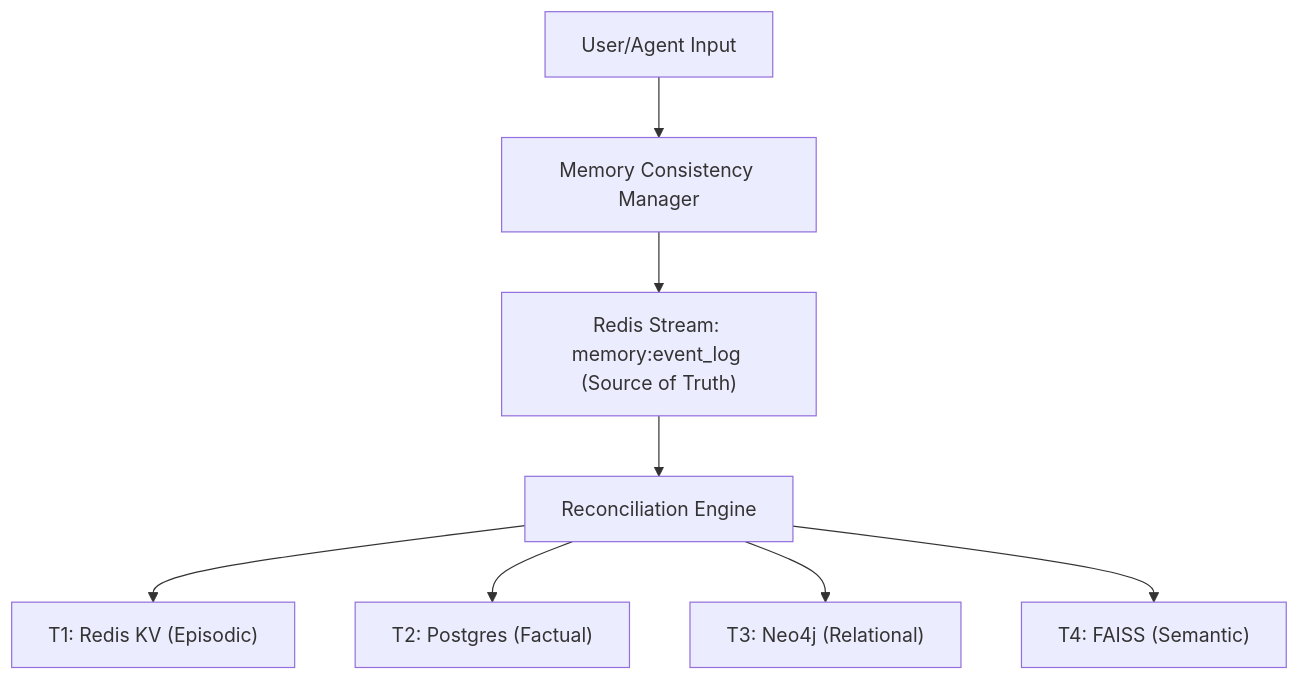
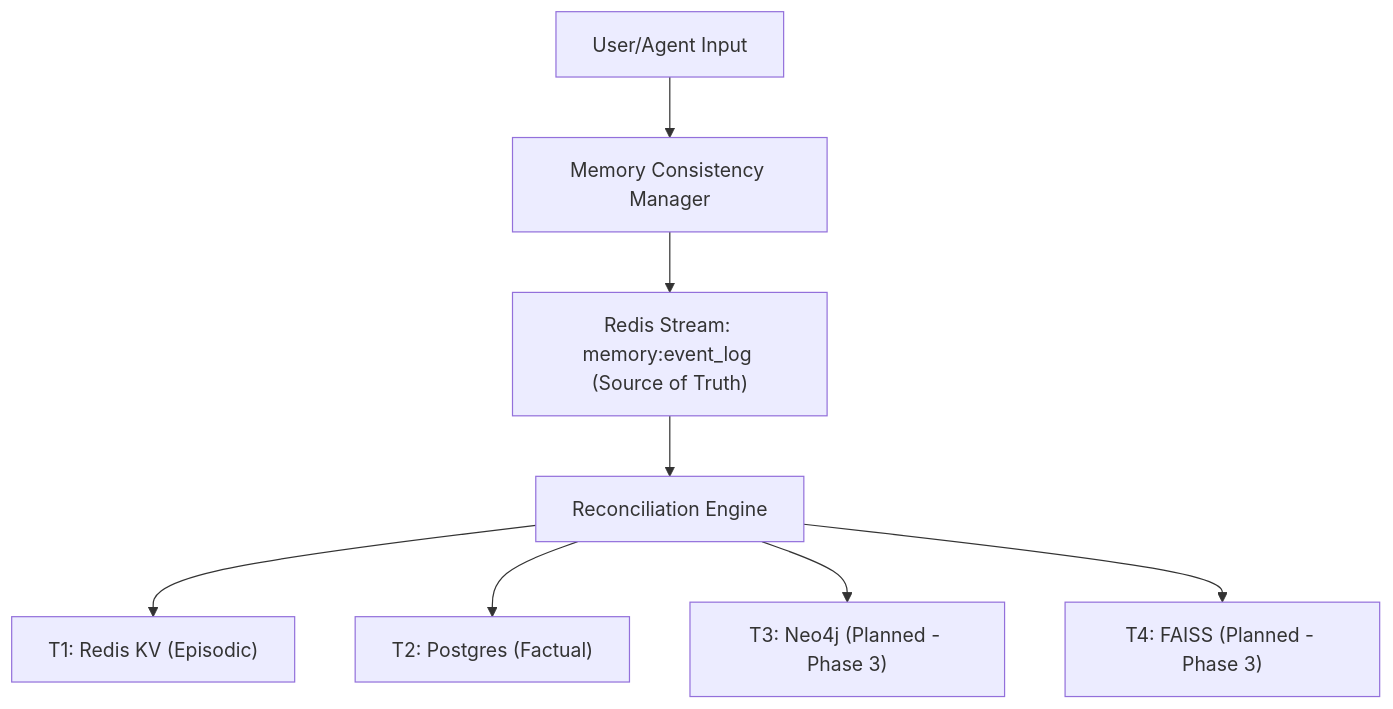
One commit to Blackdrg/levi-ai-innovate changed the diagram in docs/architectural_specs/04_memory_persistence.md. Above: the diagram before and after it, drawn with Mermaid. The commit also changed other lines of this file and 133 other files, not shown here.

````diff
--- a/docs/architectural_specs/04_memory_persistence.md
+++ b/docs/architectural_specs/04_memory_persistence.md
@@ -13,11 +13,11 @@
 ```mermaid
 graph TD
     UserIn[User/Agent Input] --> MCM[Memory Consistency Manager]
     MCM --> Stream["Redis Stream: memory:event_log (Source of Truth)"]
     Stream --> Recon[Reconciliation Engine]
     
     Recon --> T1["T1: Redis KV (Episodic)"]
     Recon --> T2["T2: Postgres (Factual)"]
-    Recon --> T3["T3: Neo4j (Relational)"]
-    Recon --> T4["T4: FAISS (Semantic)"]
+    Recon --> T3["T3: Neo4j (Planned - Phase 3)"]
+    Recon --> T4["T4: FAISS (Planned - Phase 3)"]
 ```
````
